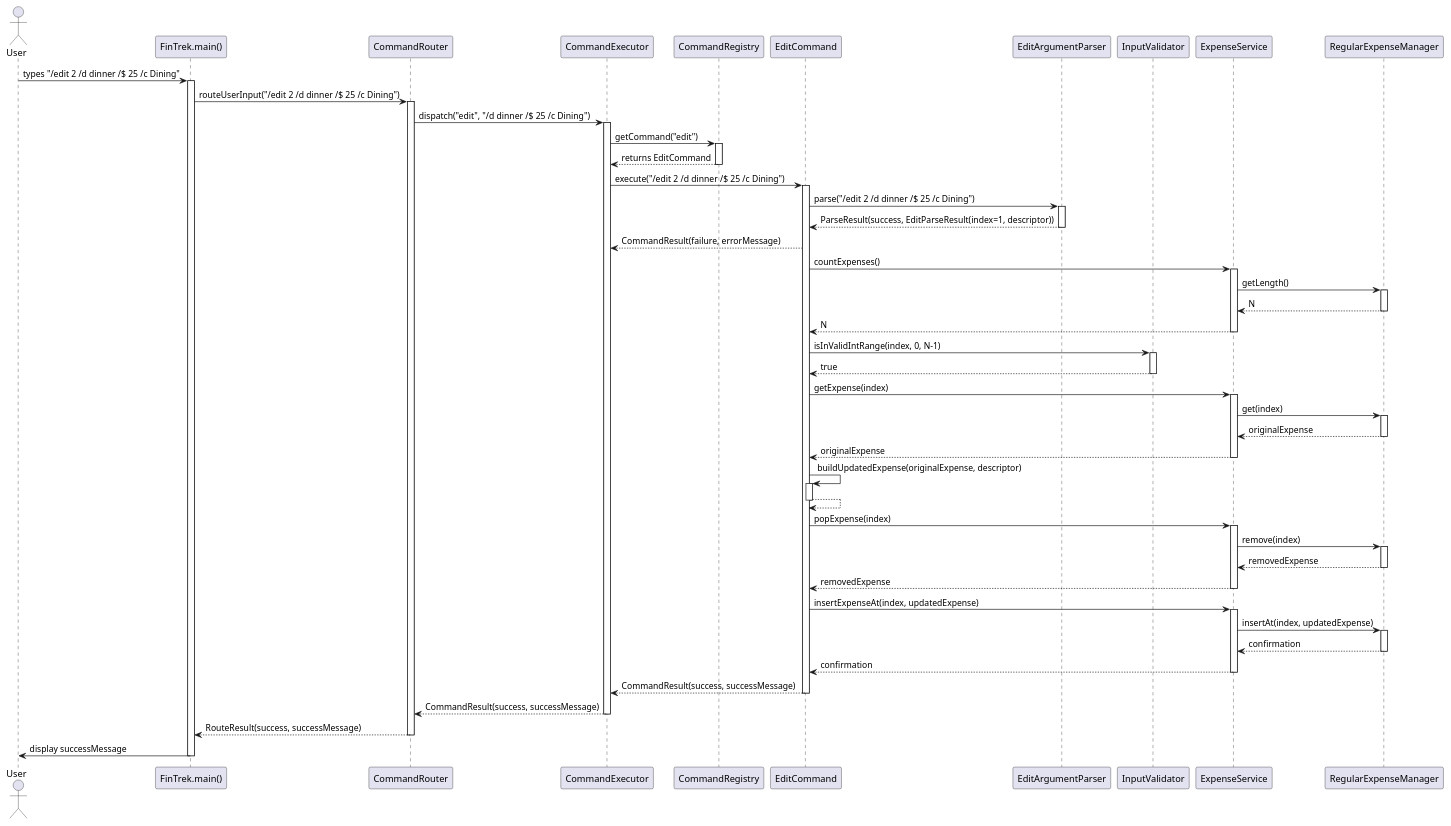
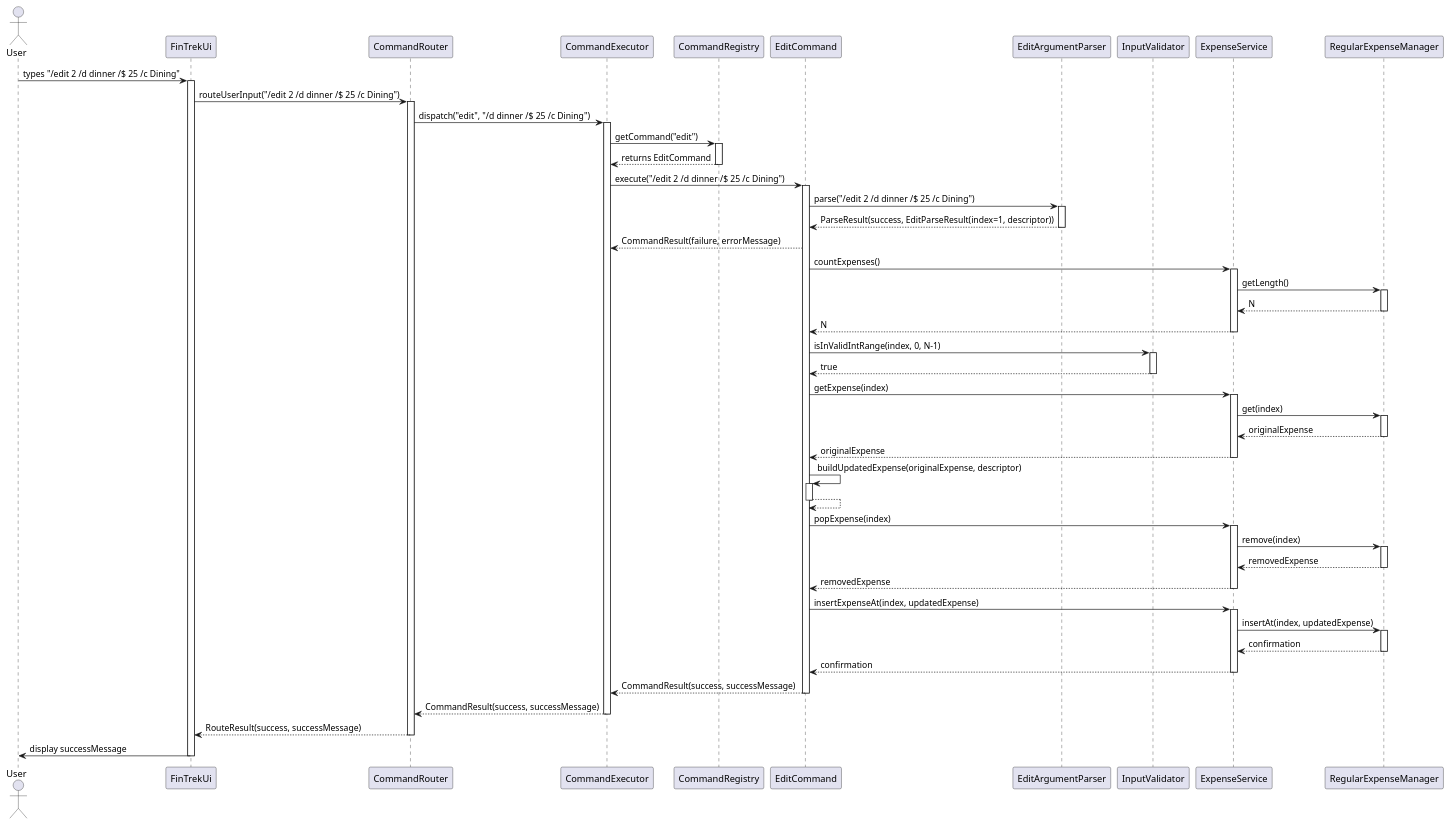
Before and after one commit to randust/tp: the diagram in docs/diagrams/sequence/edit.puml, drawn with PlantUML. The commit also changed 9 other files, not shown here.

Commit message:
Update DG diagrams to fit the refactored code (new Ui class) and add PPP

```diff
--- a/docs/diagrams/sequence/edit.puml
+++ b/docs/diagrams/sequence/edit.puml
@@ -1,110 +1,110 @@
 @startuml editCommand.puml
 actor User
-participant "FinTrek.main()" as FinTrek
+participant "FinTrekUi" as FinTrek
 participant "CommandRouter" as Router
 participant "CommandExecutor" as Executor
 participant "CommandRegistry" as Registry
 participant "EditCommand" as EditCmd
 participant "EditArgumentParser" as Parser
 participant "InputValidator" as Validator
 participant "ExpenseService" as ExpenseSvc
 participant "RegularExpenseManager" as RegExpMgr
 
 User -> FinTrek : types "/edit 2 /d dinner /$ 25 /c Dining"
 activate FinTrek
 
 FinTrek -> Router : routeUserInput("/edit 2 /d dinner /$ 25 /c Dining")
 activate Router
 
 Router -> Executor : dispatch("edit", "/d dinner /$ 25 /c Dining")
 activate Executor
 
 Executor -> Registry : getCommand("edit")
 activate Registry
 
 Registry --> Executor : returns EditCommand
 deactivate Registry
 
 Executor -> EditCmd : execute("/edit 2 /d dinner /$ 25 /c Dining")
 activate EditCmd
 
 EditCmd -> Parser : parse("/edit 2 /d dinner /$ 25 /c Dining")
 activate Parser
 
 Parser --> EditCmd : ParseResult(success, EditParseResult(index=1, descriptor))
 deactivate Parser
 
 EditCmd --> Executor : CommandResult(failure, errorMessage)
 EditCmd -> ExpenseSvc : countExpenses()
 activate ExpenseSvc
 
 ExpenseSvc -> RegExpMgr : getLength()
 activate RegExpMgr
 
 RegExpMgr --> ExpenseSvc : N
 deactivate RegExpMgr
 
 ExpenseSvc --> EditCmd : N
 deactivate ExpenseSvc
 
 EditCmd -> Validator : isInValidIntRange(index, 0, N-1)
 activate Validator
 
 Validator --> EditCmd : true
 deactivate Validator
 
 EditCmd -> ExpenseSvc : getExpense(index)
 activate ExpenseSvc
 
 ExpenseSvc -> RegExpMgr : get(index)
 activate RegExpMgr
 
 RegExpMgr --> ExpenseSvc : originalExpense
 deactivate RegExpMgr
 
 ExpenseSvc --> EditCmd : originalExpense
 deactivate ExpenseSvc
 
 EditCmd -> EditCmd : buildUpdatedExpense(originalExpense, descriptor)
 activate EditCmd
 
 EditCmd --> EditCmd
 deactivate EditCmd
 
 EditCmd -> ExpenseSvc : popExpense(index)
 activate ExpenseSvc
 
 ExpenseSvc -> RegExpMgr : remove(index)
 activate RegExpMgr
 
 RegExpMgr --> ExpenseSvc : removedExpense
 deactivate RegExpMgr
 
 ExpenseSvc --> EditCmd : removedExpense
 deactivate ExpenseSvc
 
 EditCmd -> ExpenseSvc : insertExpenseAt(index, updatedExpense)
 activate ExpenseSvc
 
 ExpenseSvc -> RegExpMgr : insertAt(index, updatedExpense)
 activate RegExpMgr
 
 RegExpMgr --> ExpenseSvc : confirmation
 deactivate RegExpMgr
 
 ExpenseSvc --> EditCmd : confirmation
 deactivate ExpenseSvc
 
 EditCmd --> Executor : CommandResult(success, successMessage)
 
 deactivate EditCmd
 
 Executor --> Router : CommandResult(success, successMessage)
 deactivate Executor
 
 Router --> FinTrek : RouteResult(success, successMessage)
 deactivate Router
 
 FinTrek -> User : display successMessage
 deactivate FinTrek
 @enduml
```
